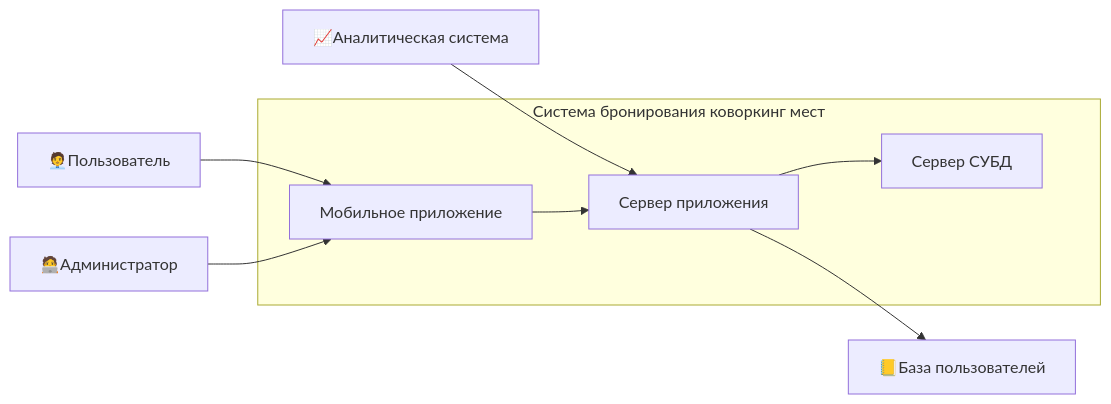
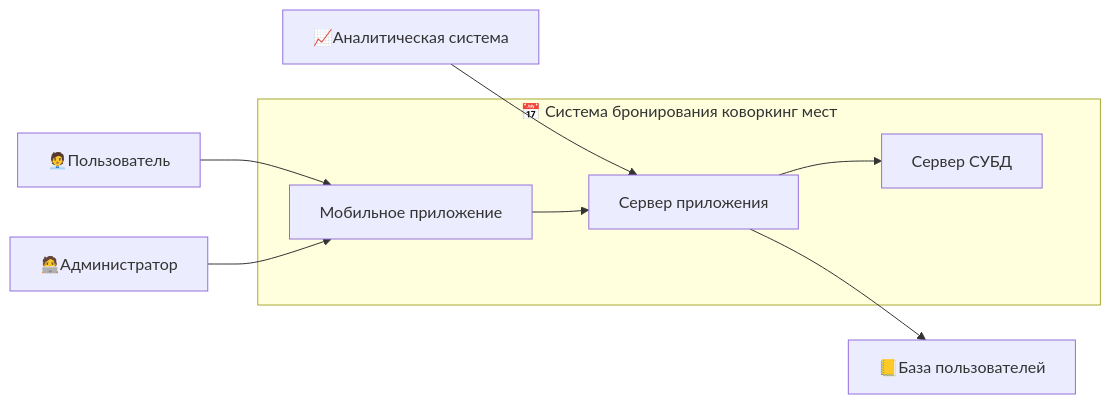
Before and after one commit to shiriev/unit-test-presentation: the second of 15 diagrams in pres.md, drawn with Mermaid. The commit also changed other lines of this file and 2 other files, not shown here.

````diff
--- a/pres.md
+++ b/pres.md
@@ -107,18 +123,18 @@
 ```mermaid
 flowchart LR
     user[🧑‍💼Пользователь]
     admin[🧑‍💻Администратор]
     account_system[📈Аналитическая система]
     user_base[📒База пользователей]
     user --> ui
     admin --> ui
     account_system --> backend
     backend --> user_base
-    subgraph br_system[Система бронирования коворкинг мест]
+    subgraph br_system[📅 Система бронирования коворкинг мест]
         ui[Мобильное приложение]
         database[Сервер СУБД]
         backend[Сервер приложения]
         ui --> backend
         backend --> database
     end
 ```
````
